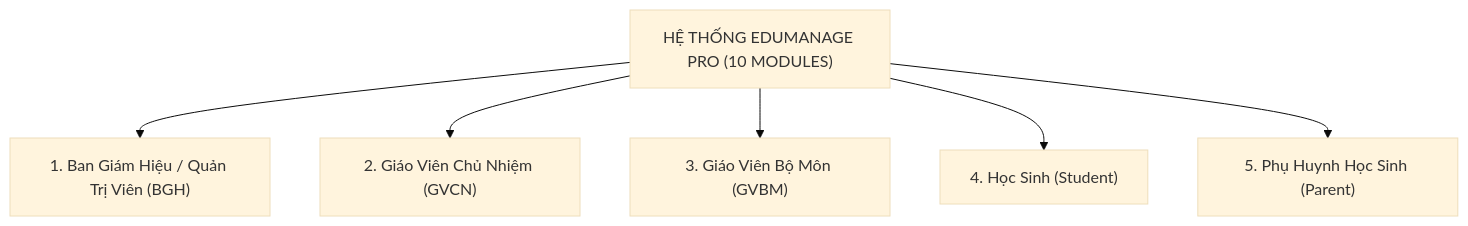
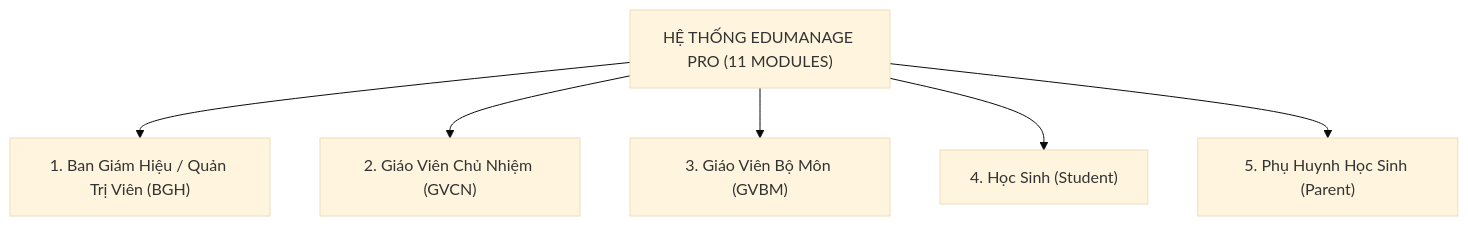
One commit to DYBInh2k5/Phat-Trien-Du-An-Phan-Mem changed the first of 4 diagrams in Report_Slide/slide.md. Above: the diagram before and after it, drawn with Mermaid (base theme). The commit also changed other lines of this file and 1 other file, not shown here.

````diff
--- a/Report_Slide/slide.md
+++ b/Report_Slide/slide.md
@@ -60,9 +62,9 @@
 ```mermaid
 graph TD
-    System["HỆ THỐNG EDUMANAGE PRO (10 MODULES)"]
+    System["HỆ THỐNG EDUMANAGE PRO (11 MODULES)"]
     System --> Role1["1. Ban Giám Hiệu / Quản Trị Viên (BGH)"]
     System --> Role2["2. Giáo Viên Chủ Nhiệm (GVCN)"]
     System --> Role3["3. Giáo Viên Bộ Môn (GVBM)"]
     System --> Role4["4. Học Sinh (Student)"]
     System --> Role5["5. Phụ Huynh Học Sinh (Parent)"]
 ```
````
